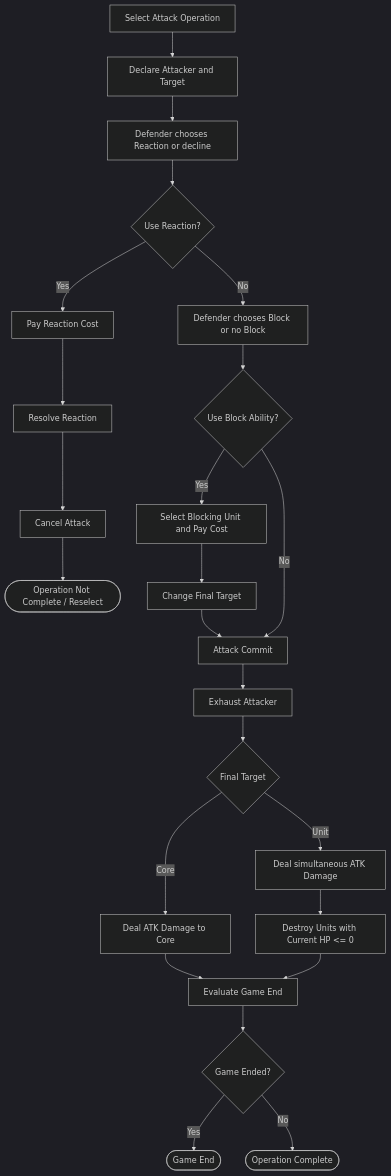
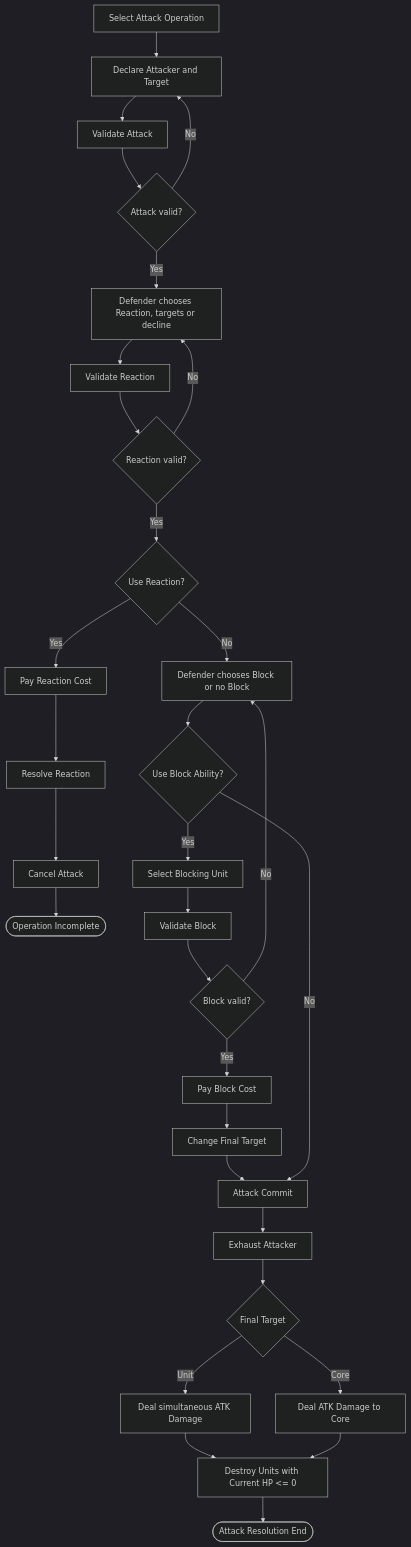
The diagram in docs/process/attack-flow.md (kjun1/card-game), drawn with Mermaid (dark theme) before and after one commit. The commit also changed other lines of this file and 8 other files, not shown here.

First line of the commit message:
fix: render BPMN diagrams and clarify process responsibilities

```diff
--- a/docs/process/attack-flow.md
+++ b/docs/process/attack-flow.md
@@ -11,29 +11,36 @@
 ~~~mermaid
 flowchart TD
     S[Select Attack Operation] --> D[Declare Attacker and Target]
-    D --> R[Defender chooses Reaction or decline]
-    R --> G{Use Reaction?}
+    D --> VA[Validate Attack]
+    VA --> AV{Attack valid?}
+    AV -- No --> D
+    AV -- Yes --> R[Defender chooses Reaction, targets or decline]
+    R --> VR[Validate Reaction]
+    VR --> RV{Reaction valid?}
+    RV -- No --> R
+    RV -- Yes --> G{Use Reaction?}
 
     G -- Yes --> RC[Pay Reaction Cost]
     RC --> RR[Resolve Reaction]
     RR --> X[Cancel Attack]
-    X --> O([Operation Not Complete / Reselect])
+    X --> O([Operation Incomplete])
 
     G -- No --> B[Defender chooses Block or no Block]
     B --> BG{Use Block Ability?}
-    BG -- Yes --> BC[Select Blocking Unit and Pay Cost]
+    BG -- Yes --> BS[Select Blocking Unit]
+    BS --> BV[Validate Block]
+    BV --> VBG{Block valid?}
+    VBG -- No --> B
+    VBG -- Yes --> BC[Pay Block Cost]
     BC --> BT[Change Final Target]
     BT --> C[Attack Commit]
 
     BG -- No --> C
     C --> E[Exhaust Attacker]
     E --> T{Final Target}
     T -- Core --> CD[Deal ATK Damage to Core]
     T -- Unit --> UD[Deal simultaneous ATK Damage]
     UD --> K[Destroy Units with Current HP <= 0]
-    CD --> V[Evaluate Game End]
-    K --> V
-    V --> F{Game Ended?}
-    F -- Yes --> GE([Game End])
-    F -- No --> OC([Operation Complete])
+    CD --> K
+    K --> OC([Attack Resolution End])
 ~~~
```
